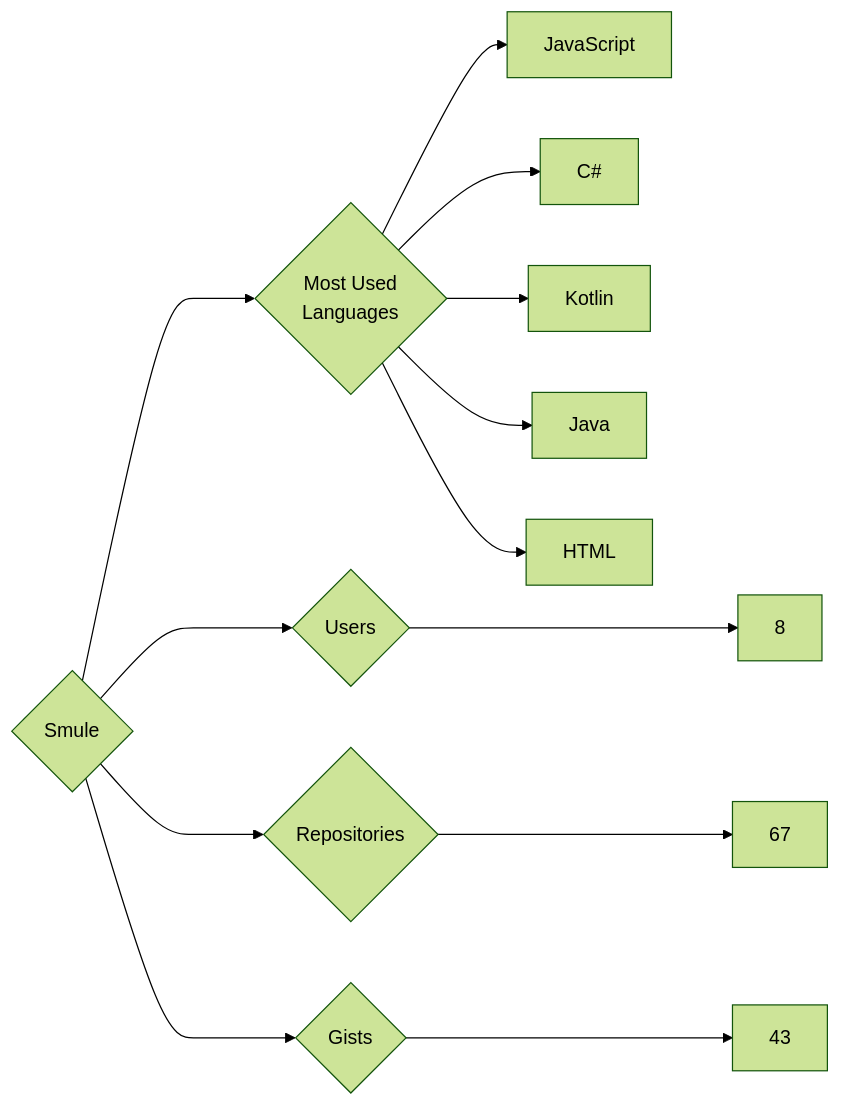
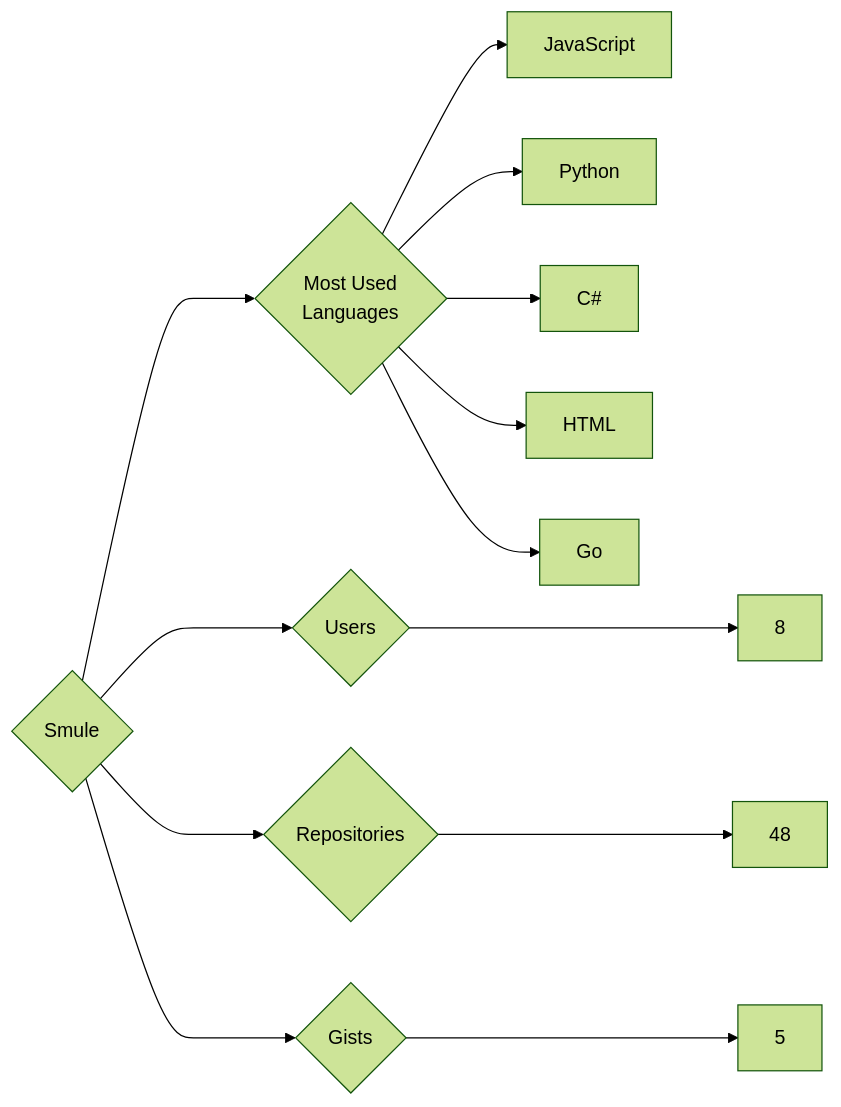
The diagram in targets/Smule/README.md (trickest/insiders), drawn with Mermaid (forest theme) before and after one commit. The commit also changed 871 other files, not shown here.

````diff
--- a/targets/Smule/README.md
+++ b/targets/Smule/README.md
@@ -3,13 +3,13 @@
 ```mermaid
 graph LR
 COMPANY_NAME{Smule}
 COMPANY_NAME ---> U{Users} ---> UN[8]
-COMPANY_NAME ---> R{Repositories} ---> RN[67]
-COMPANY_NAME ---> G{Gists} ---> GN[43]
+COMPANY_NAME ---> R{Repositories} ---> RN[48]
+COMPANY_NAME ---> G{Gists} ---> GN[5]
 COMPANY_NAME ---> ML{Most Used<br>Languages}
 ML --> JavaScript[JavaScript]
+ML --> Python[Python]
 ML --> C#[C#]
-ML --> Kotlin[Kotlin]
-ML --> Java[Java]
 ML --> HTML[HTML]
+ML --> Go[Go]
 ```
````
